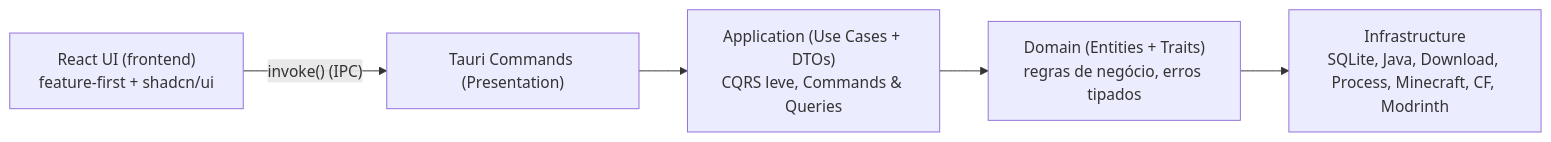
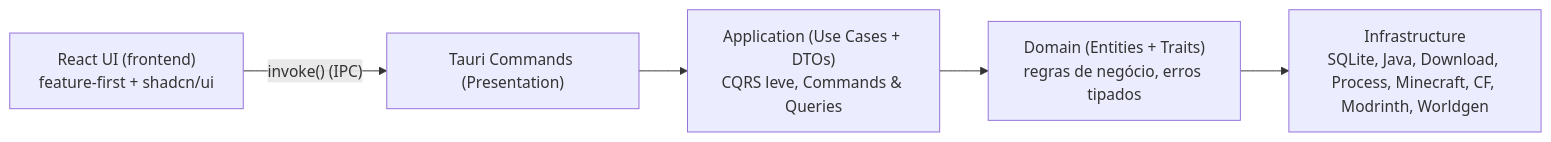
Before and after one commit to kauafpssx/AstroLauncher: the first of 2 diagrams in README.md, drawn with Mermaid. The commit also changed other lines of this file and 18 other files, not shown here.

````diff
--- a/README.md
+++ b/README.md
@@ -198,7 +204,7 @@
 ```mermaid
 graph LR
     A["React UI (frontend)<br/>feature-first + shadcn/ui"] -- "invoke() (IPC)" --> B["Tauri Commands (Presentation)"]
     B --> C["Application (Use Cases + DTOs)<br/>CQRS leve, Commands & Queries"]
     C --> D["Domain (Entities + Traits)<br/>regras de negócio, erros tipados"]
-    D --> E["Infrastructure<br/>SQLite, Java, Download, Process, Minecraft, CF, Modrinth"]
+    D --> E["Infrastructure<br/>SQLite, Java, Download, Process, Minecraft, CF, Modrinth, Worldgen"]
 ```
````
